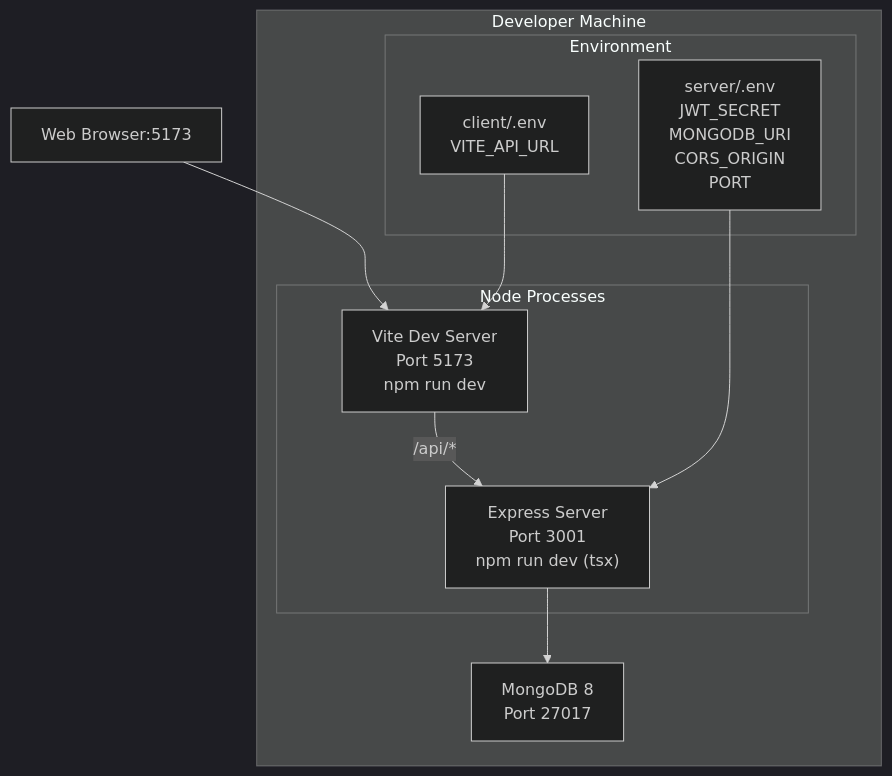
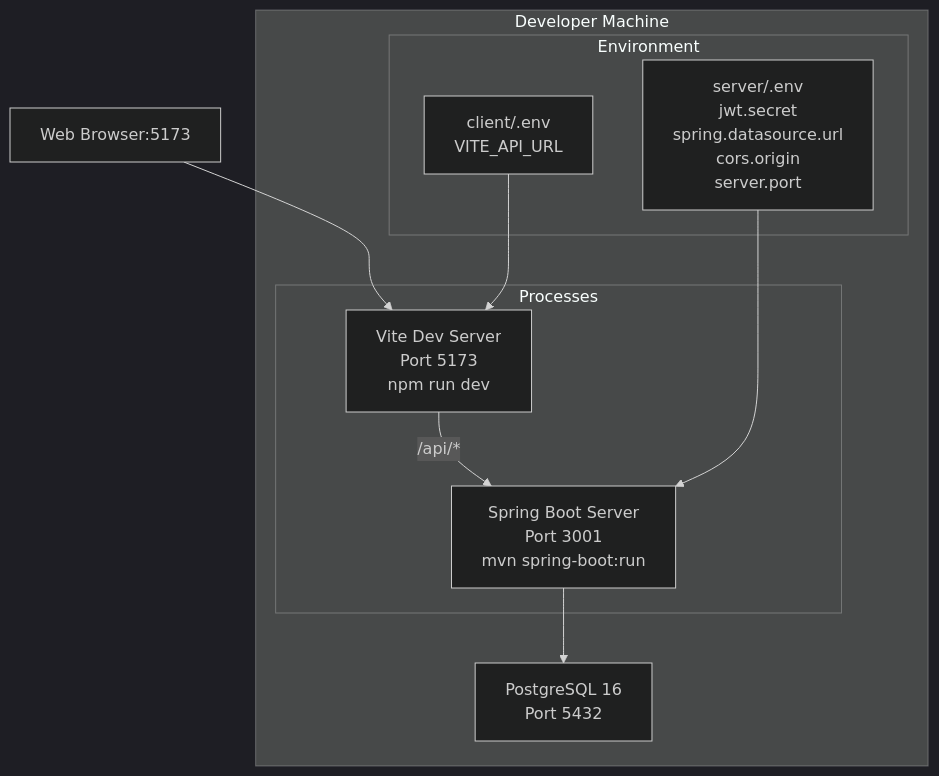
Before and after one commit to nghiaxh/hr-management: diagram 19 of 24 in docs/SDD.md, drawn with Mermaid (dark theme). The commit also changed other lines of this file and 3 other files, not shown here.

First line of the commit message:
docs: update tech stack references to Spring Boot + PostgreSQL

````diff
--- a/docs/SDD.md
+++ b/docs/SDD.md
@@ -1054,19 +1053,19 @@
 ```mermaid
 graph TB
     subgraph "Developer Machine"
-        MCON["MongoDB 8<br/>Port 27017"]
-        subgraph "Node Processes"
-            SRV["Express Server<br/>Port 3001<br/>npm run dev (tsx)"]
+        PGSQL["PostgreSQL 16<br/>Port 5432"]
+        subgraph "Processes"
+            SRV["Spring Boot Server<br/>Port 3001<br/>mvn spring-boot:run"]
             CLT["Vite Dev Server<br/>Port 5173<br/>npm run dev"]
         end
         subgraph "Environment"
-            ENV["server/.env<br/>JWT_SECRET<br/>MONGODB_URI<br/>CORS_ORIGIN<br/>PORT"]
+            ENV["server/.env<br/>jwt.secret<br/>spring.datasource.url<br/>cors.origin<br/>server.port"]
             CLT_ENV["client/.env<br/>VITE_API_URL"]
         end
     end
     BROWSER[Web Browser:5173] --> CLT
     CLT -->|/api/*| SRV
-    SRV --> MCON
+    SRV --> PGSQL
     ENV --> SRV
     CLT_ENV --> CLT
 ```
````
